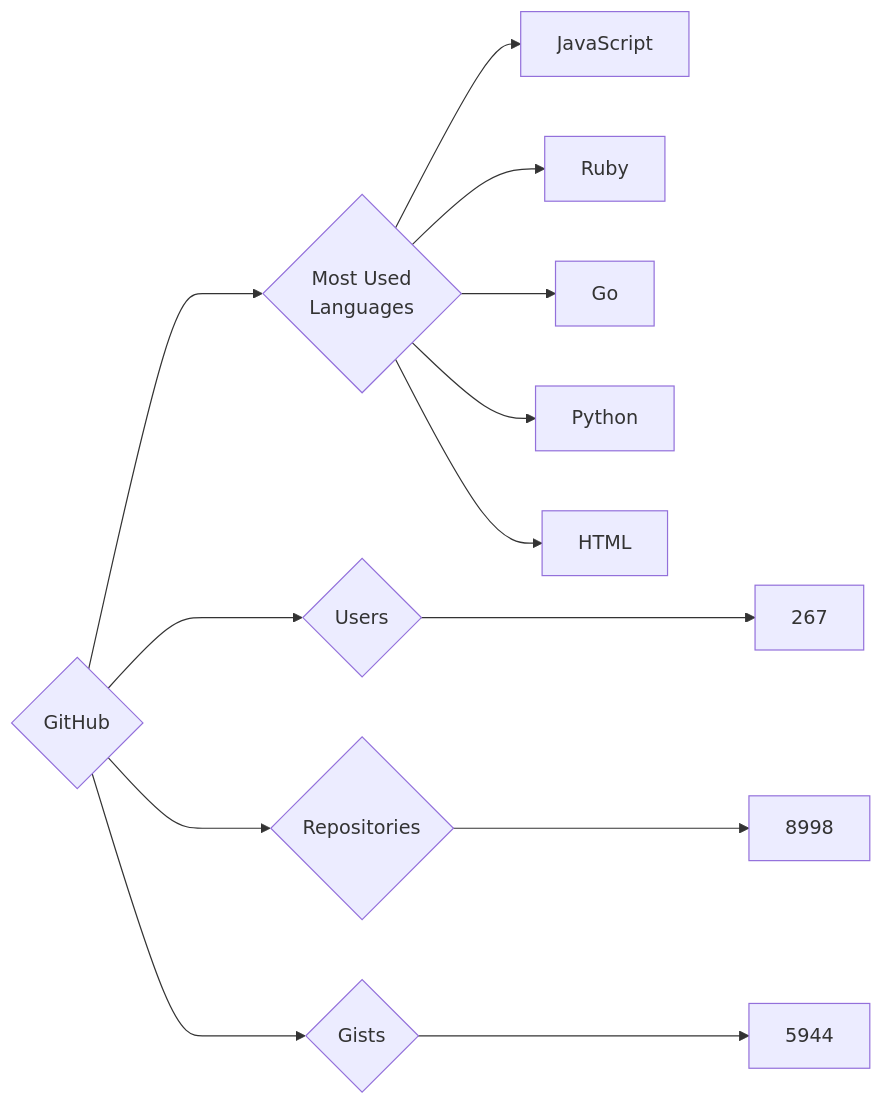
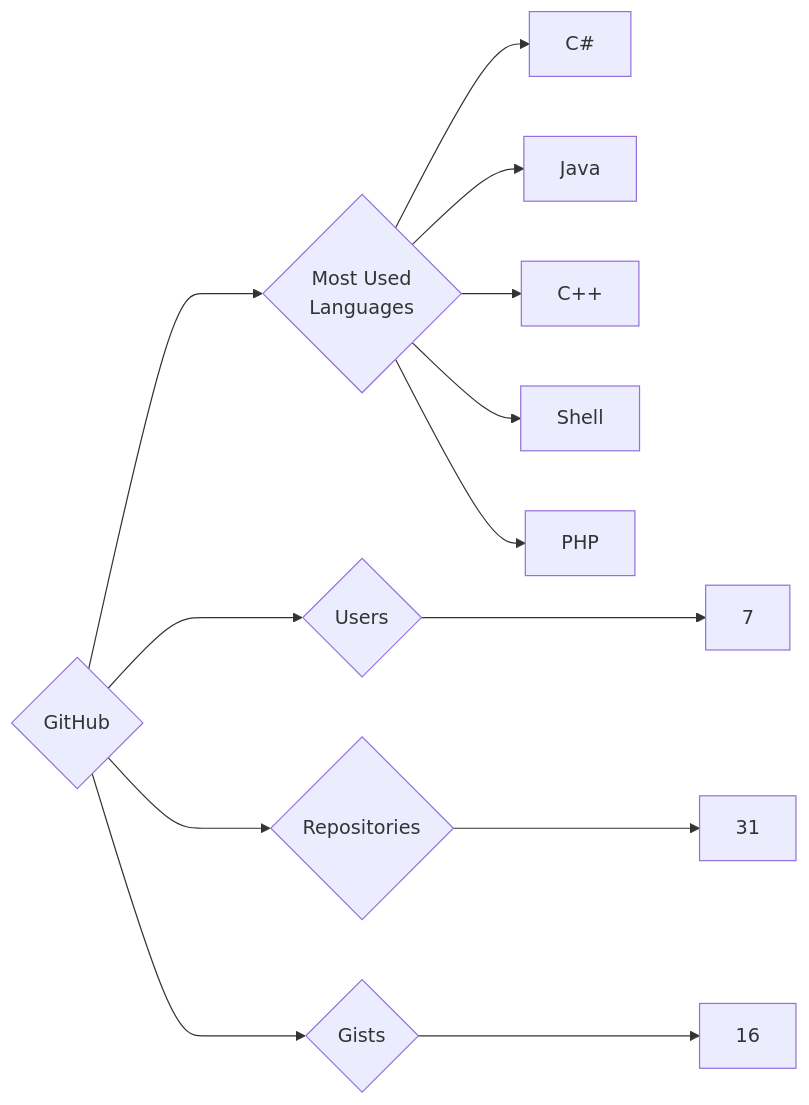
One commit to trickest/insiders changed the diagram in targets/GitHub/README.md. Above: the diagram before and after it, drawn with Mermaid. The commit also changed 934 other files, not shown here.

````diff
--- a/targets/GitHub/README.md
+++ b/targets/GitHub/README.md
@@ -3,13 +3,13 @@
 ```mermaid
 graph LR
 COMPANY_NAME{GitHub}
-COMPANY_NAME ---> U{Users} ---> UN[267]
-COMPANY_NAME ---> R{Repositories} ---> RN[8998]
-COMPANY_NAME ---> G{Gists} ---> GN[5944]
+COMPANY_NAME ---> U{Users} ---> UN[7]
+COMPANY_NAME ---> R{Repositories} ---> RN[31]
+COMPANY_NAME ---> G{Gists} ---> GN[16]
 COMPANY_NAME ---> ML{Most Used<br>Languages}
-ML --> JavaScript[JavaScript]
-ML --> Ruby[Ruby]
-ML --> Go[Go]
-ML --> Python[Python]
-ML --> HTML[HTML]
+ML --> C#[C#]
+ML --> Java[Java]
+ML --> C++[C++]
+ML --> Shell[Shell]
+ML --> PHP[PHP]
 ```
````
